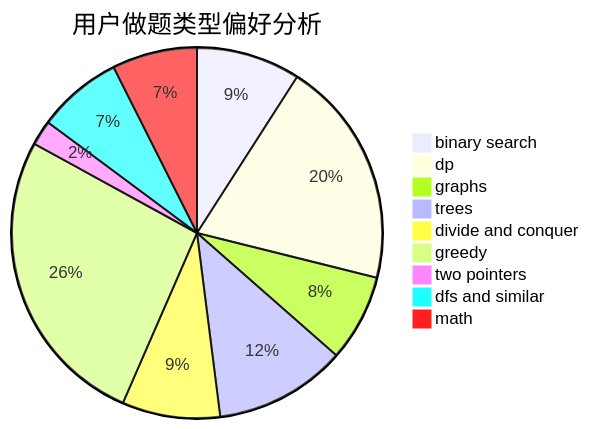
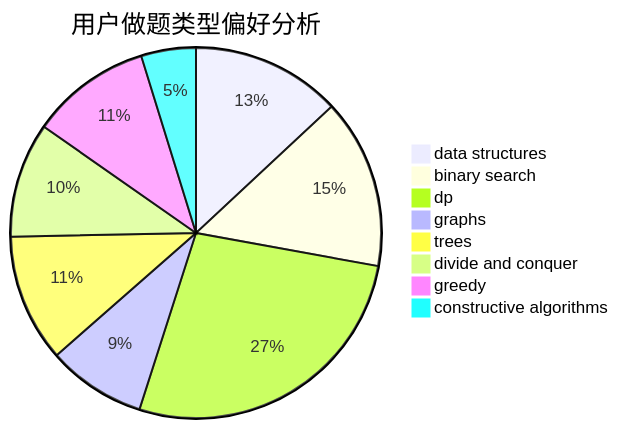
The second of 3 diagrams in docs/user/u350.md (sherpahu/cfrs.github.io), drawn with Mermaid before and after one commit. The commit also changed other lines of this file and 2775 other files, not shown here.

````diff
--- a/docs/user/u350.md
+++ b/docs/user/u350.md
@@ -23,12 +23,11 @@
 ```mermaid
 pie title 用户做题类型偏好分析
-    "binary search" :  104
-    "dp" :  227
-    "graphs" :  87
-    "trees" :  132
-    "divide and conquer" :  98
-    "greedy" :  303
-    "two pointers" :  25
-    "dfs and similar" :  85
-    "math" :  85
+    "data structures" :  82
+    "binary search" :  93
+    "dp" :  170
+    "graphs" :  54
+    "trees" :  70
+    "divide and conquer" :  63
+    "greedy" :  66
+    "constructive algorithms" :  30
 ```
````
